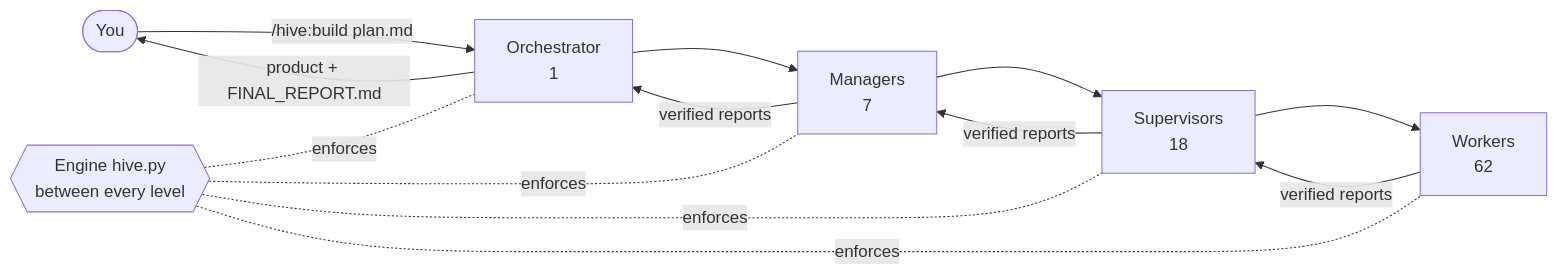
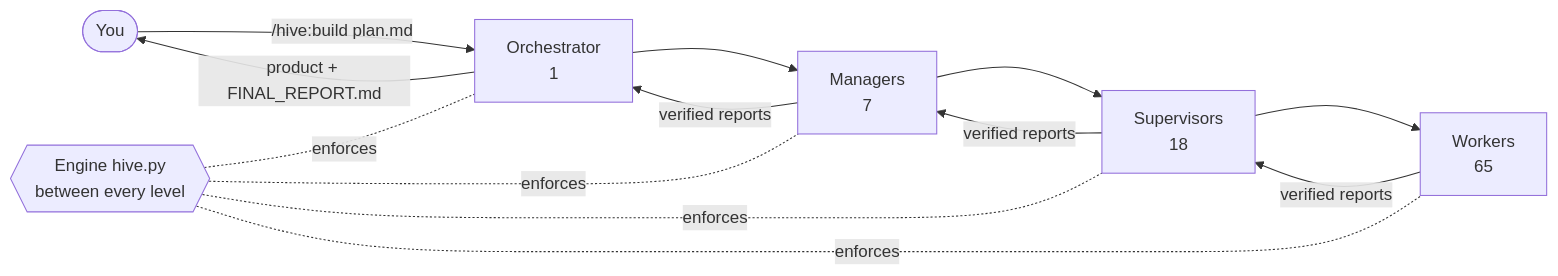
One commit to Waleed178-del/lets-do-it changed the diagram in docs/system/README.md. Above: the diagram before and after it, drawn with Mermaid. The commit also changed other lines of this file and 14 other files, not shown here.

First line of the commit message:
Enforce delegation in the engine, add @commands verify, diagrams for 2.0

````diff
--- a/docs/system/README.md
+++ b/docs/system/README.md
@@ -7,12 +7,12 @@
 ```mermaid
 flowchart LR
     You(["You"]) -->|"/hive:build plan.md"| O["Orchestrator<br/>1"]
     O --> M["Managers<br/>7"]
     M --> S["Supervisors<br/>18"]
-    S --> W["Workers<br/>62"]
+    S --> W["Workers<br/>65"]
     W -->|"verified reports"| S
     S -->|"verified reports"| M
     M -->|"verified reports"| O
     O -->|"product + FINAL_REPORT.md"| You
     E{{"Engine hive.py<br/>between every level"}} -.enforces.- O & M & S & W
 ```
````
